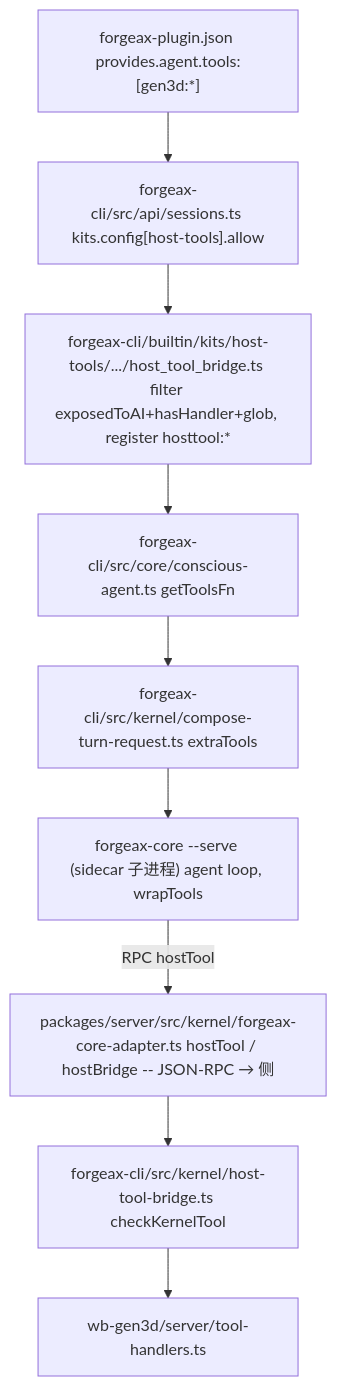
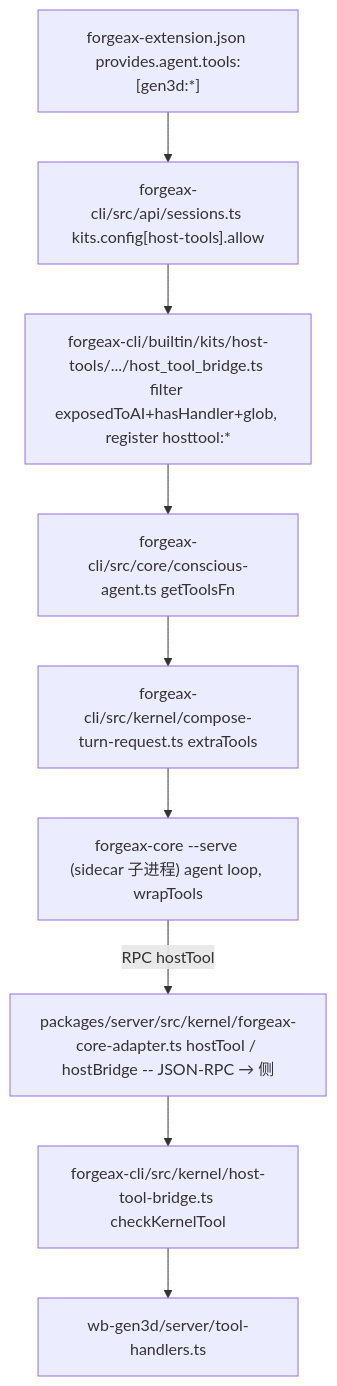
The diagram in plugins/wb-gen3d/docs/PLAN-2026-06-25-migrate-to-forgeax-core.md (ForgeaXGame/forgeax-wb-game-video), drawn with Mermaid before and after one commit. The commit also changed 236 other files, not shown here.

First line of the commit message:
refactor(extension): manifest filename + id namespace migration (ADR 0025 M3)

````diff
--- a/plugins/wb-gen3d/docs/PLAN-2026-06-25-migrate-to-forgeax-core.md
+++ b/plugins/wb-gen3d/docs/PLAN-2026-06-25-migrate-to-forgeax-core.md
@@ -54,13 +54,13 @@
 ```mermaid
 flowchart TD
-  manifest["forgeax-plugin.json provides.agent.tools:[gen3d:*]"]
+  manifest["forgeax-extension.json provides.agent.tools:[gen3d:*]"]
   sessions["forgeax-cli/src/api/sessions.ts kits.config[host-tools].allow"]
   bridge["forgeax-cli/builtin/kits/host-tools/.../host_tool_bridge.ts filter exposedToAI+hasHandler+glob, register hosttool:*"]
   conscious["forgeax-cli/src/core/conscious-agent.ts getToolsFn"]
   compose["forgeax-cli/src/kernel/compose-turn-request.ts extraTools"]
   sidecar["forgeax-core --serve (sidecar 子进程) agent loop, wrapTools"]
   adapter["packages/server/src/kernel/forgeax-core-adapter.ts hostTool / hostBridge -- JSON-RPC → 侧"]
   gate["forgeax-cli/src/kernel/host-tool-bridge.ts checkKernelTool"]
   handler["wb-gen3d/server/tool-handlers.ts"]
   manifest --> sessions --> bridge --> conscious --> compose --> sidecar -->|"RPC hostTool"| adapter --> gate --> handler
 ```
````
